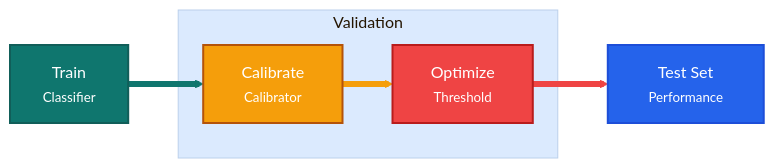
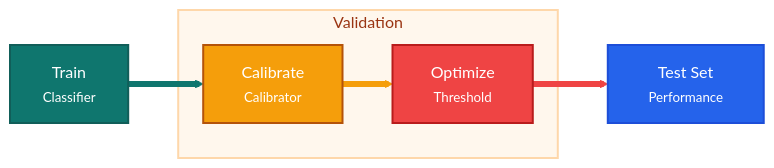
The third of 4 diagrams in README.md (Pablo-Molla-Charlez/SecondaryModel), drawn with Mermaid before and after one commit.

Commit message:
Improved Final Readme

````diff
--- a/README.md
+++ b/README.md
@@ -88,19 +88,20 @@
 ```mermaid
 %%{init: {'theme': 'base', 'themeVariables': { 'primaryColor': '#0f766e', 'primaryBorderColor': '#115e59', 'primaryTextColor': '#ffffff', 'secondaryColor': '#f59e0b', 'tertiaryColor': '#dbeafe', 'lineColor': '#0f172a', 'background': '#ffffff'}}}%%
 flowchart LR
     subgraph Validation
         B["&nbsp;&nbsp;Calibrate&nbsp;&nbsp;<br/><small>Calibrator</small>"]:::calib
         C["&nbsp;&nbsp;Optimize&nbsp;&nbsp;<br/><small>Threshold</small>"]:::opt
         B --> C
     end
+    style Validation fill:#fff7ed,stroke:#fed7aa,stroke-width:2px,color:#9a3412
     A["&nbsp;&nbsp;&nbsp;Train&nbsp;&nbsp;&nbsp;<br/><small>Classifier</small>"]:::train --> B
     D["&nbsp;&nbsp;&nbsp;&nbsp;&nbsp;Test Set&nbsp;&nbsp;&nbsp;&nbsp;&nbsp;<br/><small>Performance</small>"]:::test
     C --> D
     classDef train fill:#0f766e,stroke:#115e59,color:#ffffff,stroke-width:2px;
     classDef calib fill:#f59e0b,stroke:#b45309,color:#ffffff,stroke-width:2px;
     classDef opt   fill:#ef4444,stroke:#b91c1c,color:#ffffff,stroke-width:2px;
     classDef test  fill:#2563eb,stroke:#1d4ed8,color:#ffffff,stroke-width:2px;
     linkStyle 0 stroke:#f59e0b,stroke-width:6px;
     linkStyle 1 stroke:#0f766e,stroke-width:6px;
     linkStyle 2 stroke:#ef4444,stroke-width:6px;
 ```
````
